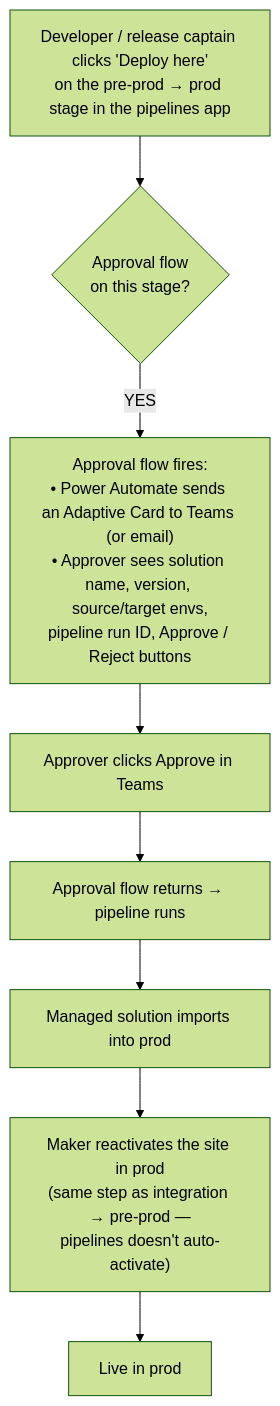
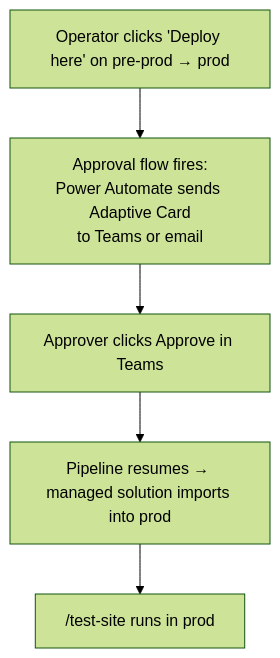
One commit to neerajnandwana-msft/powerpages-lab changed the diagram in docs/alm/14-multi-env-promotion.md. Above: the diagram before and after it, drawn with Mermaid (forest theme). The commit also changed other lines of this file and 16 other files, not shown here.

````diff
--- a/docs/alm/14-multi-env-promotion.md
+++ b/docs/alm/14-multi-env-promotion.md
@@ -146,15 +145,9 @@
 ```mermaid
 flowchart TD
-    A["Developer / release captain clicks 'Deploy here'<br/>on the pre-prod → prod stage in the pipelines app"]
-    B{"Approval flow<br/>on this stage?"}
-    C["Approval flow fires:<br/>• Power Automate sends an Adaptive Card to Teams (or email)<br/>• Approver sees solution name, version, source/target envs,<br/>pipeline run ID, Approve / Reject buttons"]
-    D["Approver clicks Approve in Teams"]
-    E["Approval flow returns → pipeline runs"]
-    F["Managed solution imports into prod"]
-    G["Maker reactivates the site in prod<br/>(same step as integration → pre-prod —<br/>pipelines doesn't auto-activate)"]
-    H["Live in prod"]
-
-    A --> B
-    B -->|YES| C
-    C --> D --> E --> F --> G --> H
+    A["Operator clicks 'Deploy here' on pre-prod → prod"]
+    B["Approval flow fires:<br/>Power Automate sends Adaptive Card<br/>to Teams or email"]
+    C["Approver clicks Approve in Teams"]
+    D["Pipeline resumes → managed solution imports into prod"]
+    E["/test-site runs in prod"]
+    A --> B --> C --> D --> E
 ```
````
